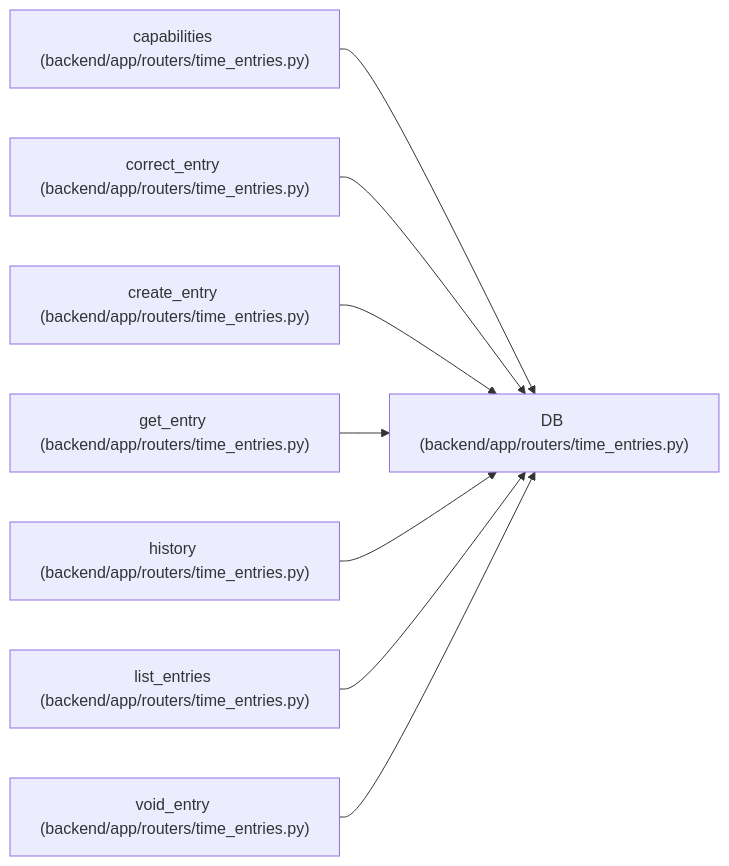
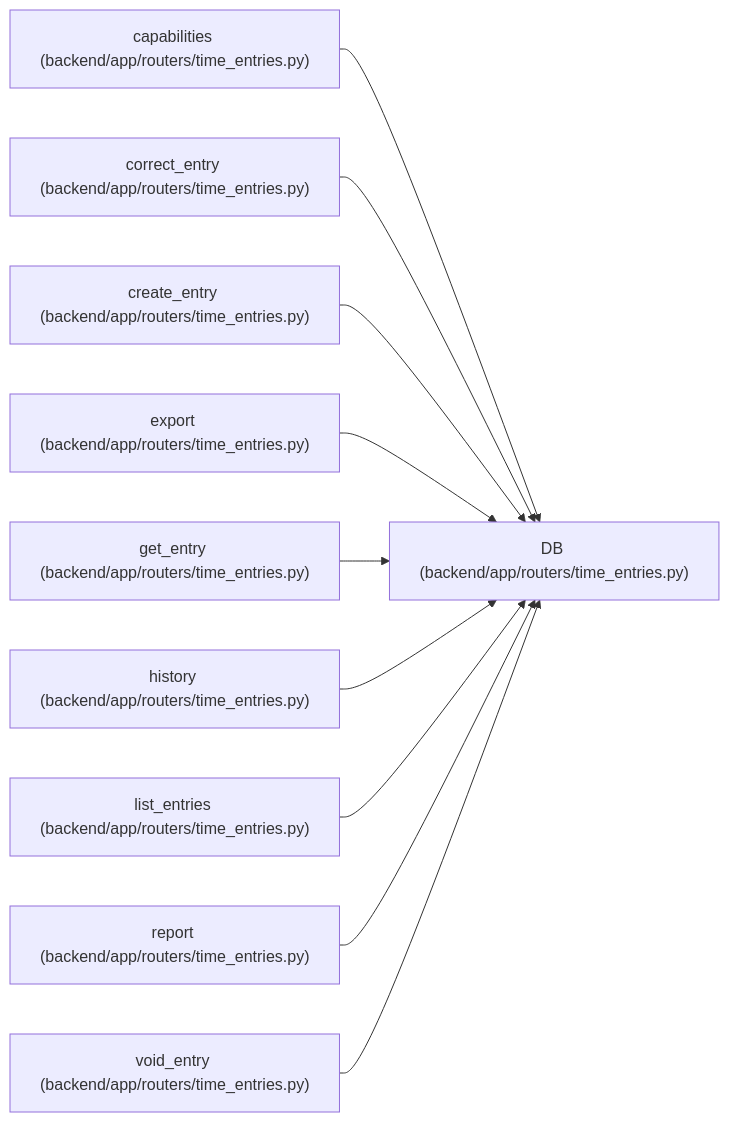
One commit to Denissvgn/WorkChord changed the diagram in docs/llm_wiki/entities/time_entries_DB.md. Above: the diagram before and after it, drawn with Mermaid. The commit also changed other lines of this file and 435 other files, not shown here.

Commit message:
docs(wiki): explain scoped time reports and protected entry workflows

````diff
--- a/docs/llm_wiki/entities/time_entries_DB.md
+++ b/docs/llm_wiki/entities/time_entries_DB.md
@@ -24,26 +24,32 @@
 ```mermaid
 flowchart LR
     n0["DB (backend/app/routers/time_entries.py)"]
     n1["capabilities (backend/app/routers/time_entries.py)"]
     n2["correct_entry (backend/app/routers/time_entries.py)"]
     n3["create_entry (backend/app/routers/time_entries.py)"]
-    n4["get_entry (backend/app/routers/time_entries.py)"]
-    n5["history (backend/app/routers/time_entries.py)"]
-    n6["list_entries (backend/app/routers/time_entries.py)"]
-    n7["void_entry (backend/app/routers/time_entries.py)"]
+    n4["export (backend/app/routers/time_entries.py)"]
+    n5["get_entry (backend/app/routers/time_entries.py)"]
+    n6["history (backend/app/routers/time_entries.py)"]
+    n7["list_entries (backend/app/routers/time_entries.py)"]
+    n8["report (backend/app/routers/time_entries.py)"]
+    n9["void_entry (backend/app/routers/time_entries.py)"]
     n1 --> n0
     n2 --> n0
     n3 --> n0
     n4 --> n0
     n5 --> n0
     n6 --> n0
     n7 --> n0
+    n8 --> n0
+    n9 --> n0
     click n0 "../modules/time_entries.md"
     click n1 "../modules/time_entries.md"
     click n2 "../modules/time_entries.md"
     click n3 "../modules/time_entries.md"
     click n4 "../modules/time_entries.md"
     click n5 "../modules/time_entries.md"
     click n6 "../modules/time_entries.md"
     click n7 "../modules/time_entries.md"
+    click n8 "../modules/time_entries.md"
+    click n9 "../modules/time_entries.md"
 ```
````
